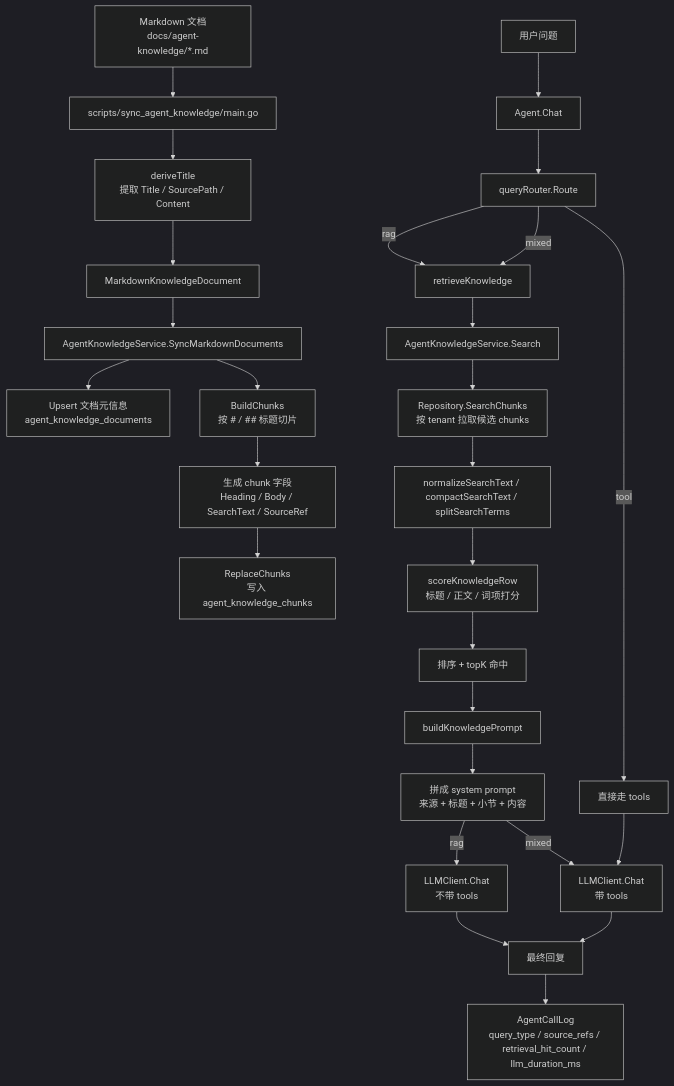
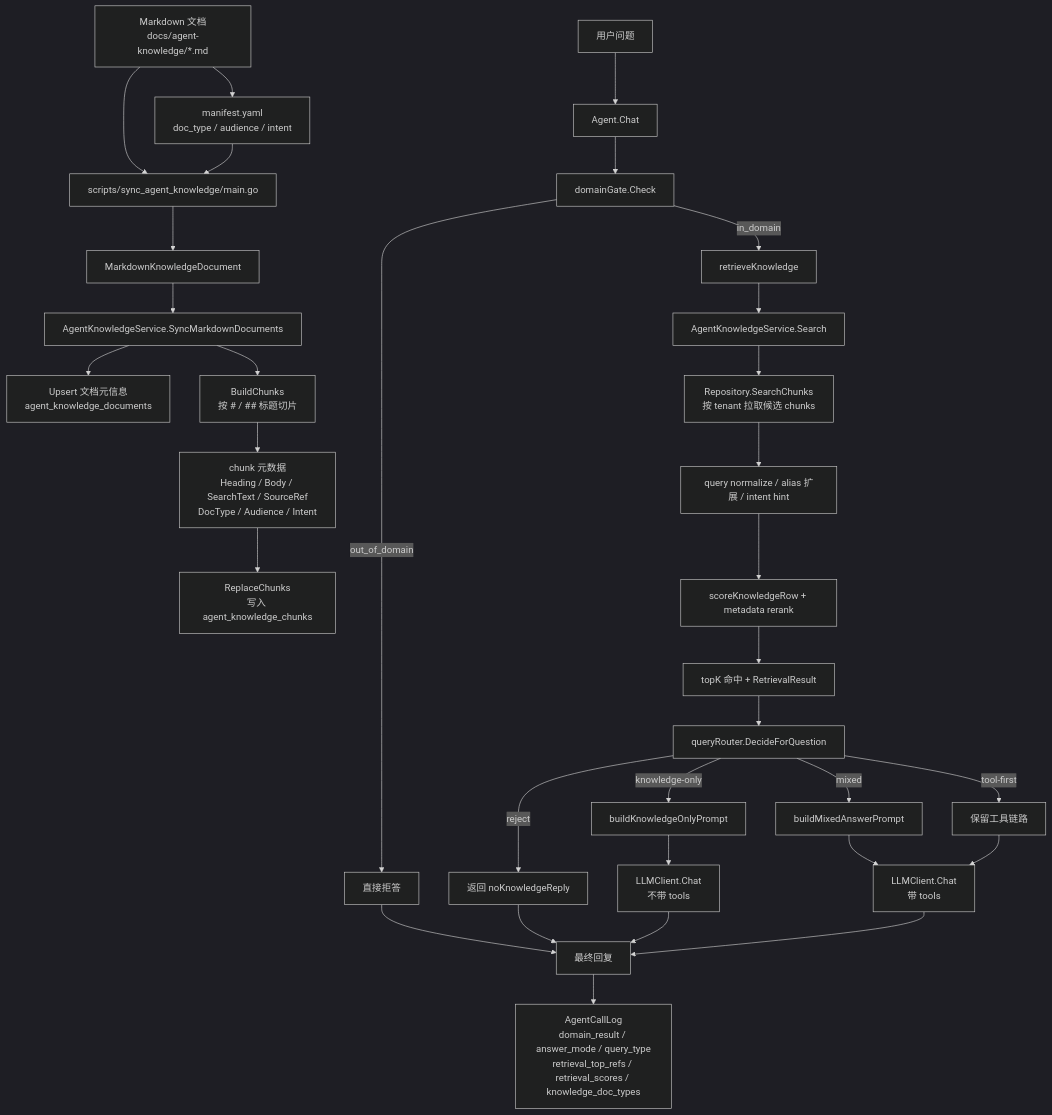
The diagram in docs/agent-dataflow.md (87hujih/DingDingSchedule), drawn with Mermaid (dark theme) before and after one commit. The commit also changed other lines of this file and 31 other files, not shown here.

Commit message:
agent rag 检索链路重构

````diff
--- a/docs/agent-dataflow.md
+++ b/docs/agent-dataflow.md
@@ -14,36 +15,40 @@
 ```mermaid
 flowchart TD
-    A[Markdown 文档<br/>docs/agent-knowledge/*.md] --> B[scripts/sync_agent_knowledge/main.go]
-    B --> C[deriveTitle<br/>提取 Title / SourcePath / Content]
+    A[Markdown 文档<br/>docs/agent-knowledge/*.md] --> B[manifest.yaml<br/>doc_type / audience / intent]
+    A --> C[scripts/sync_agent_knowledge/main.go]
+    B --> C
     C --> D[MarkdownKnowledgeDocument]
     D --> E[AgentKnowledgeService.SyncMarkdownDocuments]
 
     E --> F[Upsert 文档元信息<br/>agent_knowledge_documents]
     E --> G[BuildChunks<br/>按 # / ## 标题切片]
-    G --> H[生成 chunk 字段<br/>Heading / Body / SearchText / SourceRef]
+    G --> H[chunk 元数据<br/>Heading / Body / SearchText / SourceRef<br/>DocType / Audience / Intent]
     H --> I[ReplaceChunks<br/>写入 agent_knowledge_chunks]
 
     J[用户问题] --> K[Agent.Chat]
-    K --> L[queryRouter.Route]
-    L -->|tool| M[直接走 tools]
-    L -->|rag| N[retrieveKnowledge]
-    L -->|mixed| N
+    K --> L[domainGate.Check]
+    L -->|out_of_domain| M[直接拒答]
+    L -->|in_domain| N[retrieveKnowledge]
 
     N --> O[AgentKnowledgeService.Search]
     O --> P[Repository.SearchChunks<br/>按 tenant 拉取候选 chunks]
-    P --> Q[normalizeSearchText / compactSearchText / splitSearchTerms]
-    Q --> R[scoreKnowledgeRow<br/>标题 / 正文 / 词项打分]
-    R --> S[排序 + topK 命中]
+    P --> Q[query normalize / alias 扩展 / intent hint]
+    Q --> R[scoreKnowledgeRow + metadata rerank]
+    R --> S[topK 命中 + RetrievalResult]
 
-    S --> T[buildKnowledgePrompt]
-    T --> U[拼成 system prompt<br/>来源 + 标题 + 小节 + 内容]
+    S --> T[queryRouter.DecideForQuestion]
+    T -->|knowledge-only| U[buildKnowledgeOnlyPrompt]
+    T -->|mixed| V[buildMixedAnswerPrompt]
+    T -->|tool-first| W[保留工具链路]
+    T -->|reject| X[返回 noKnowledgeReply]
 
-    U -->|rag| V[LLMClient.Chat<br/>不带 tools]
-    U -->|mixed| W[LLMClient.Chat<br/>带 tools]
-    M --> W
+    U --> Y[LLMClient.Chat<br/>不带 tools]
+    V --> Z[LLMClient.Chat<br/>带 tools]
+    W --> Z
+    M --> AA[最终回复]
+    X --> AA
+    Y --> AA
+    Z --> AA
 
-    V --> X[最终回复]
-    W --> X
-
-    X --> Y[AgentCallLog<br/>query_type / source_refs / retrieval_hit_count / llm_duration_ms]
+    AA --> AB[AgentCallLog<br/>domain_result / answer_mode / query_type<br/>retrieval_top_refs / retrieval_scores / knowledge_doc_types]
 ```
````
